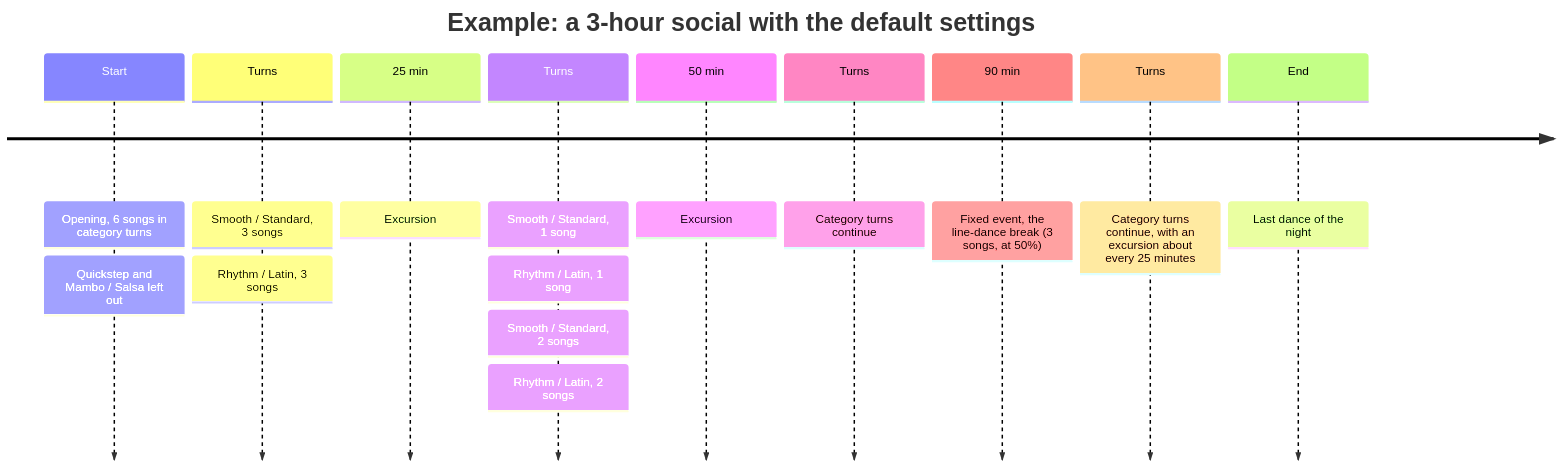
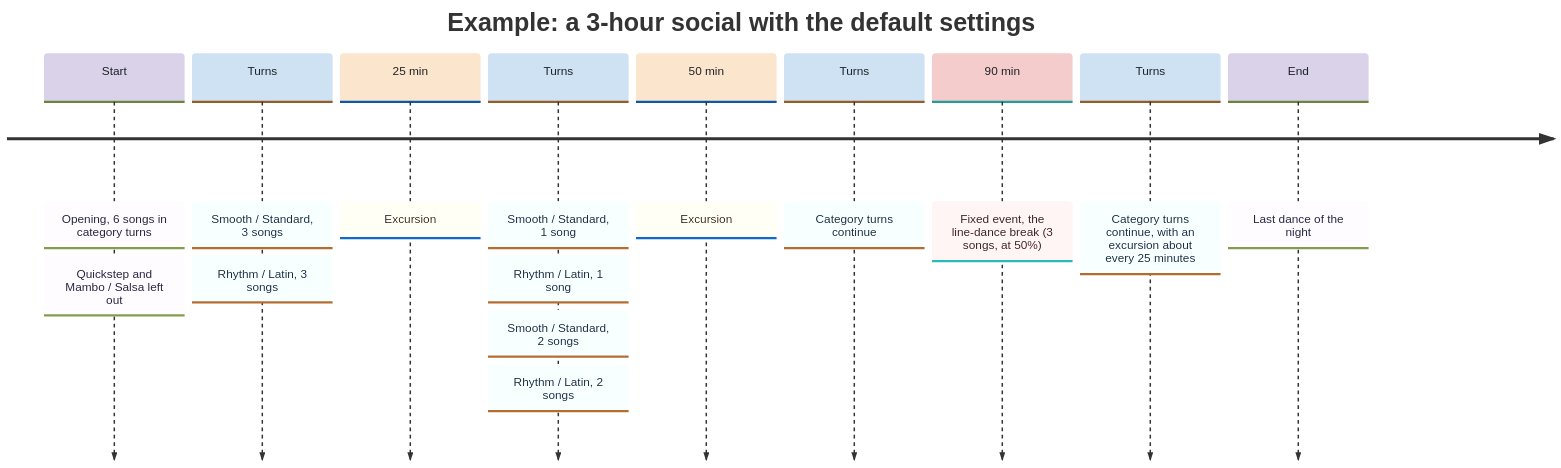
The second of 4 diagrams in README.md (maxluo97/ballroom-social-playlist-generator), drawn with Mermaid before and after one commit. The commit also changed other lines of this file and 3 other files, not shown here.

Commit message:
v0.3 release: version bump, changelog, README roadmap

````diff
--- a/README.md
+++ b/README.md
@@ -75,13 +75,14 @@
 ```mermaid
+%%{init: {"theme": "base", "themeVariables": {"cScale0": "#d9d2e9", "cScaleLabel0": "#1f2328", "cScale1": "#cfe2f3", "cScaleLabel1": "#1f2328", "cScale2": "#fce5cd", "cScaleLabel2": "#1f2328", "cScale3": "#cfe2f3", "cScaleLabel3": "#1f2328", "cScale4": "#fce5cd", "cScaleLabel4": "#1f2328", "cScale5": "#cfe2f3", "cScaleLabel5": "#1f2328", "cScale6": "#f4cccc", "cScaleLabel6": "#1f2328", "cScale7": "#cfe2f3", "cScaleLabel7": "#1f2328", "cScale8": "#d9d2e9", "cScaleLabel8": "#1f2328"}}}%%
 timeline
   title Example: a 3-hour social with the default settings
   Start : Opening, 6 songs in category turns : Quickstep and Mambo / Salsa left out
   Turns : Smooth / Standard, 3 songs : Rhythm / Latin, 3 songs
   25 min : Excursion
   Turns : Smooth / Standard, 1 song : Rhythm / Latin, 1 song : Smooth / Standard, 2 songs : Rhythm / Latin, 2 songs
   50 min : Excursion
   Turns : Category turns continue
   90 min : Fixed event, the line-dance break (3 songs, at 50%)
   Turns : Category turns continue, with an excursion about every 25 minutes
   End : Last dance of the night
 ```
````
